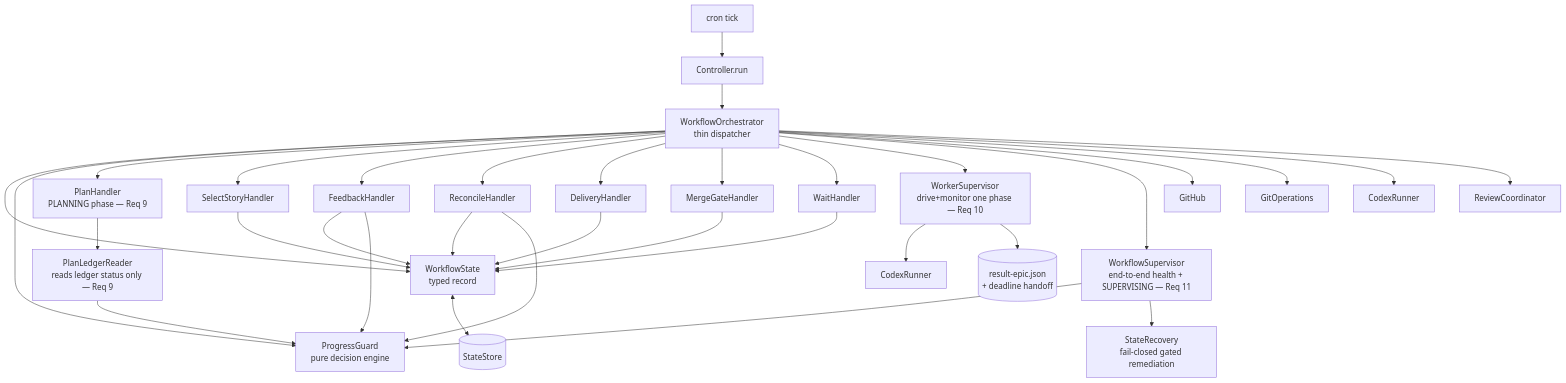
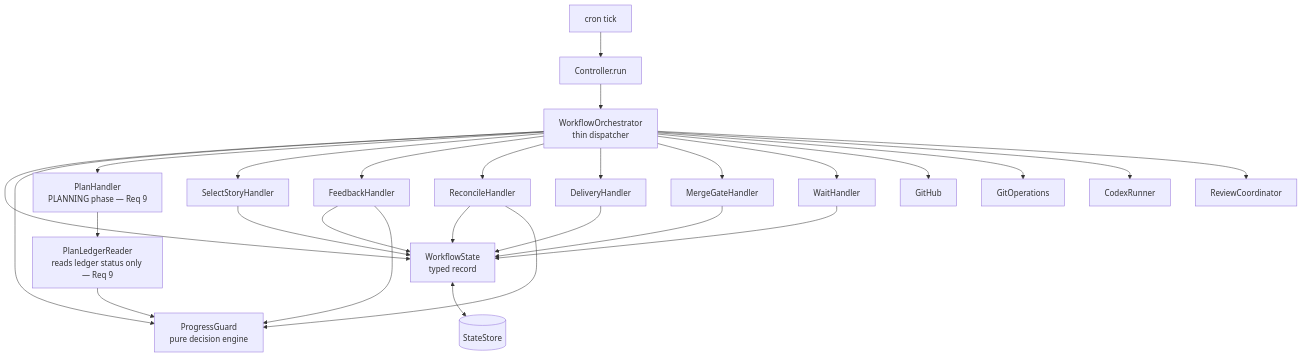
One commit to RahmatWahab/jcoding-automation changed the second of 3 diagrams in .kiro/specs/DRAFT - Architecture Fundamentals Hardening/design.md. Above: the diagram before and after it, drawn with Mermaid. The commit also changed other lines of this file and 4 other files, not shown here.

````diff
--- a/.kiro/specs/DRAFT - Architecture Fundamentals Hardening/design.md
+++ b/.kiro/specs/DRAFT - Architecture Fundamentals Hardening/design.md
@@ -44,26 +45,20 @@
 ```mermaid
 flowchart TD
   Cron[cron tick] --> Ctl[Controller.run]
   Ctl --> Disp[WorkflowOrchestrator<br/>thin dispatcher]
   Disp --> WS[WorkflowState<br/>typed record]
   Disp --> PG[ProgressGuard<br/>pure decision engine]
   Disp --> H0[PlanHandler<br/>PLANNING phase — Req 9]
   Disp --> H1[SelectStoryHandler]
   Disp --> H2[FeedbackHandler]
   Disp --> H3[ReconcileHandler]
   Disp --> H4[DeliveryHandler]
   Disp --> H5[MergeGateHandler]
   Disp --> H6[WaitHandler]
   H0 --> PL[PlanLedgerReader<br/>reads ledger status only — Req 9]
   PL --> PG
   H1 & H2 & H3 & H4 & H5 & H6 --> WS
   H2 & H3 --> PG
-  Disp --> WSup[WorkerSupervisor<br/>drive+monitor one phase — Req 10]
-  WSup --> Cx0[CodexRunner]
-  WSup --> WR[(result-epic.json<br/>+ deadline handoff)]
-  Disp --> WFSup[WorkflowSupervisor<br/>end-to-end health + SUPERVISING — Req 11]
-  WFSup --> PG
-  WFSup --> SR[StateRecovery<br/>fail-closed gated remediation]
   Disp --> GH[GitHub] & Git[GitOperations] & Cx[CodexRunner] & Rv[ReviewCoordinator]
   WS <--> St[(StateStore)]
 ```
````
